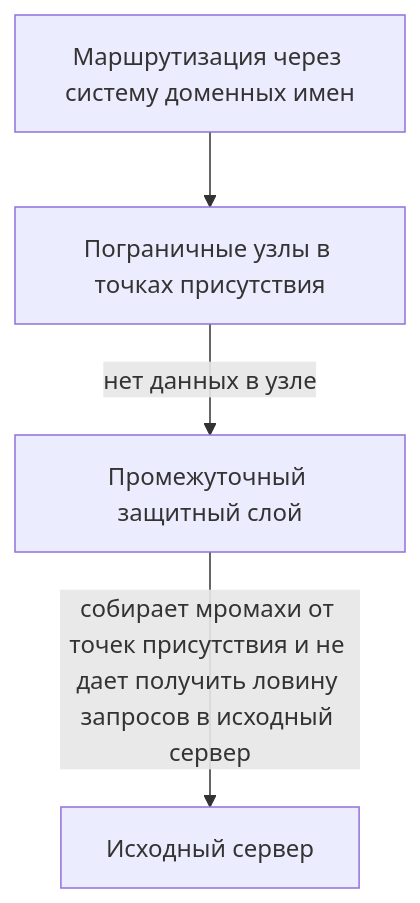
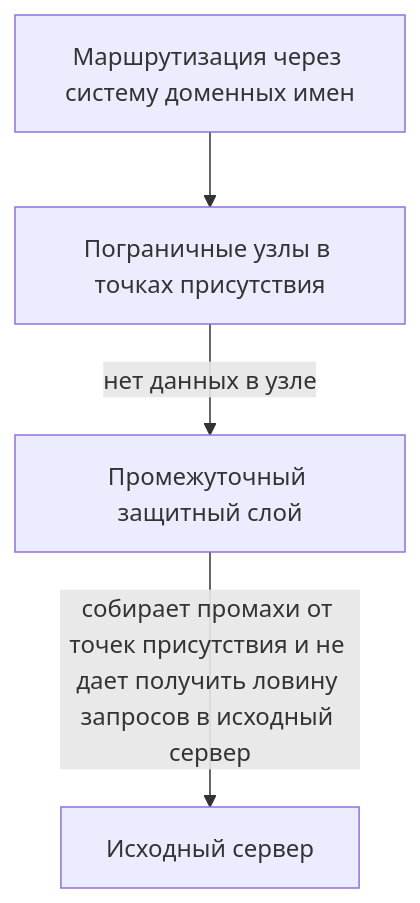
The first of 2 diagrams in README.md (dumiqo/system-design-notes), drawn with Mermaid before and after one commit. The commit also changed other lines of this file, not shown here.

````diff
--- a/README.md
+++ b/README.md
@@ -130,8 +153,8 @@
  ```mermaid
 flowchart TD
     A[Маршрутизация через систему доменных имен]
     B[Пограничные узлы в точках присутствия]
     C[Промежуточный защитный слой]
     D[Исходный сервер]
-    A --> B --> |нет данных в узле| C --> |собирает мромахи от точек присутствия и не дает получить ловину запросов в исходный сервер| D
+    A --> B --> |нет данных в узле| C --> |собирает промахи от точек присутствия и не дает получить ловину запросов в исходный сервер| D
 ```
````
